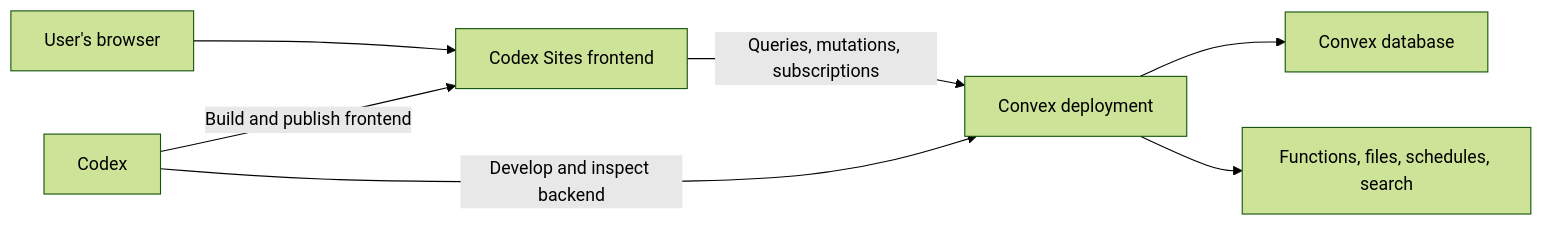
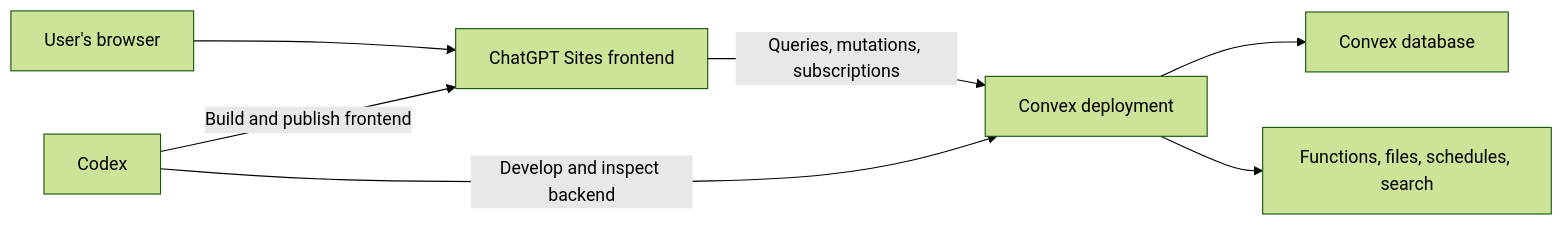
The first of 2 diagrams in README.md (convex/Codex-Sites-Convex-Backend-Skill), drawn with Mermaid (forest theme) before and after one commit. The commit also changed other lines of this file and 15 other files, not shown here.

First line of the commit message:
docs: update branding to ChatGPT Sites

````diff
--- a/README.md
+++ b/README.md
@@ -43,9 +43,9 @@
 ```mermaid
 flowchart LR
-    U["User's browser"] --> S["Codex Sites frontend"]
+    U["User's browser"] --> S["ChatGPT Sites frontend"]
     S -->|"Queries, mutations, subscriptions"| C["Convex deployment"]
     C --> D["Convex database"]
     C --> F["Functions, files, schedules, search"]
     X["Codex"] -->|"Build and publish frontend"| S
     X -->|"Develop and inspect backend"| C
 ```
````
